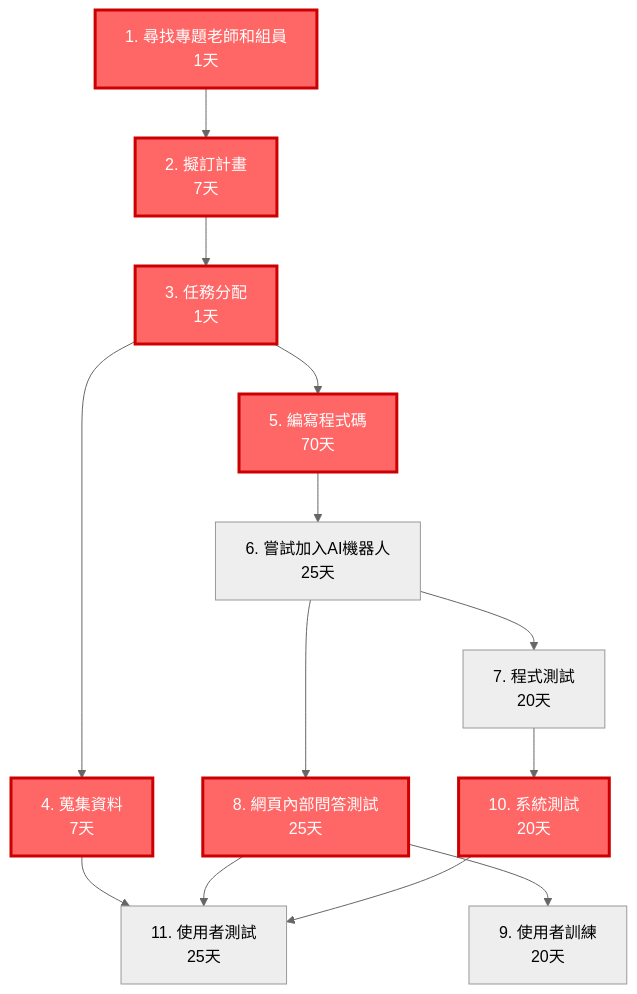
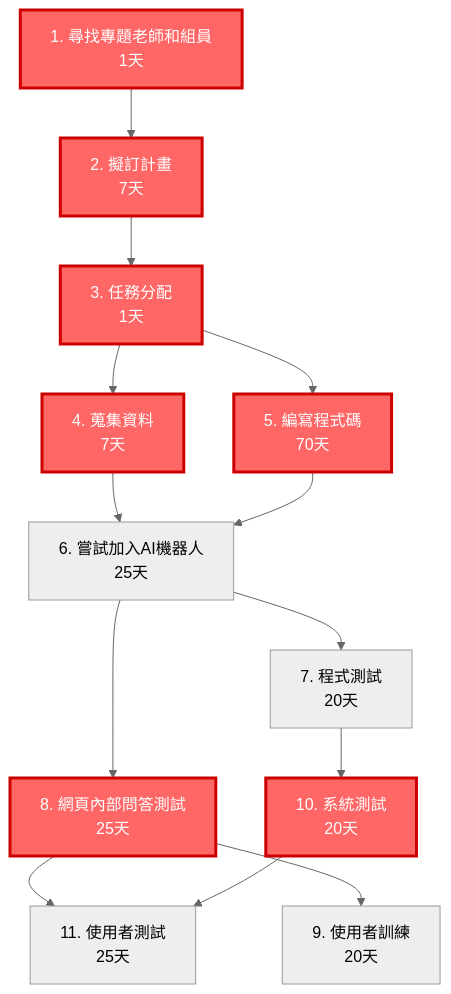
One commit to c112118202-droid/- changed the first of 3 diagrams in hw2.md. Above: the diagram before and after it, drawn with Mermaid (neutral theme).

````diff
--- a/hw2.md
+++ b/hw2.md
@@ -8,19 +8,19 @@
 ```mermaid
 graph TD
     A[1. 尋找專題老師和組員<br/>1天] --> B[2. 擬訂計畫<br/>7天]
     B --> C[3. 任務分配<br/>1天]
     C --> D[4. 蒐集資料<br/>7天]
     C --> E[5. 編寫程式碼<br/>70天]
-    D --> L
+    D --> G
     E --> G[6. 嘗試加入AI機器人<br/>25天]
     G --> H[7. 程式測試<br/>20天]
     G --> I[8. 網頁內部問答測試<br/>25天]
     I --> J[9. 使用者訓練<br/>20天]
     H --> K[10. 系統測試<br/>20天]
     I --> L[11. 使用者測試<br/>25天]
     K --> L
     
     class A,B,C,D,E,F,I,K critical
     classDef critical fill:#ff6666,stroke:#cc0000,stroke-width:3px,color:#ffffff;
     classDef normal fill:#f0f0f0,stroke:#333,stroke-width:2px,color:#000000;
 ```
````
